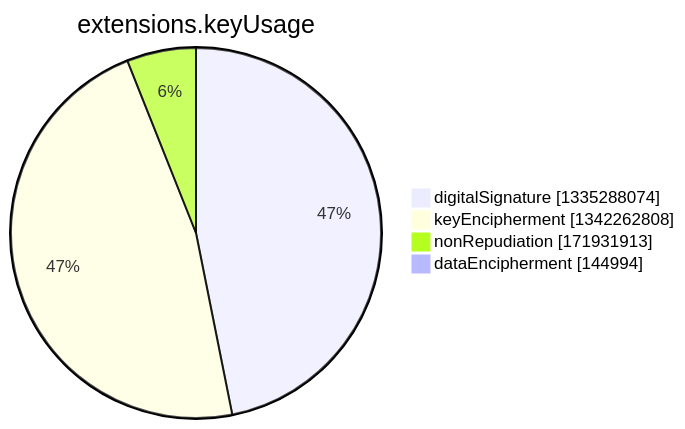
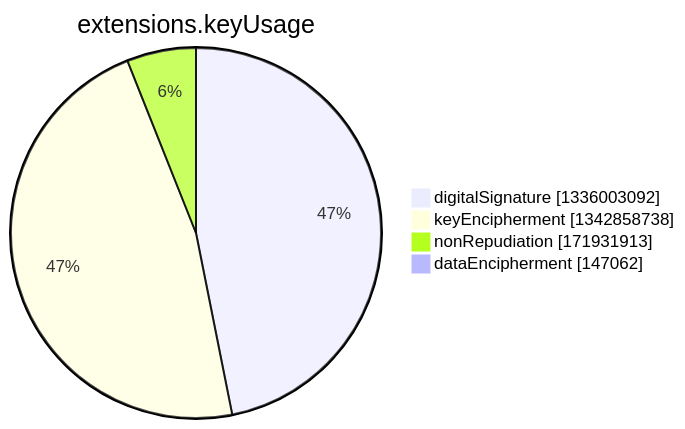
One commit to christiankrug/ctmonitor_visualization changed the seventh of 15 diagrams in argon2022/README.md. Above: the diagram before and after it, drawn with Mermaid. The commit also changed other lines of this file, not shown here.

````diff
--- a/argon2022/README.md
+++ b/argon2022/README.md
@@ -2750,8 +2750,8 @@
 ```mermaid
 pie showData
 title extensions.keyUsage
-"digitalSignature" :1335288074
-"keyEncipherment" :1342262808
+"digitalSignature" :1336003092
+"keyEncipherment" :1342858738
 "nonRepudiation" :171931913
-"dataEncipherment" :144994
+"dataEncipherment" :147062
 ```
````
